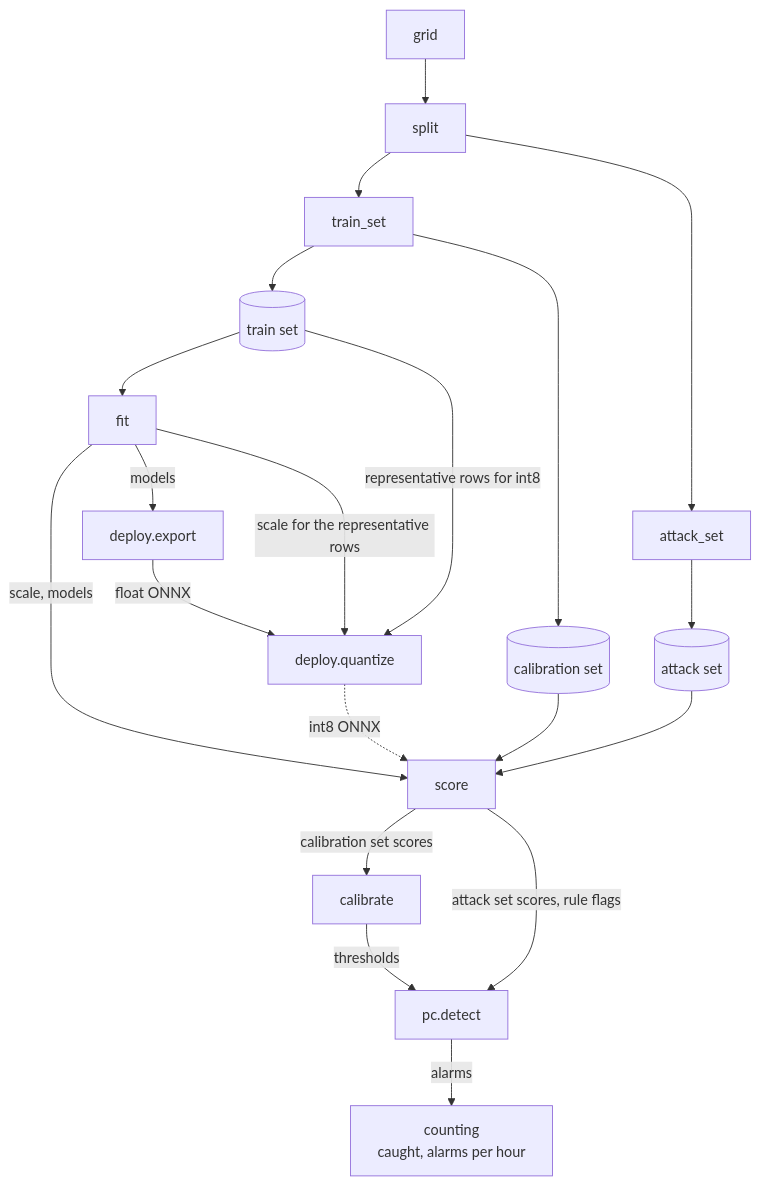
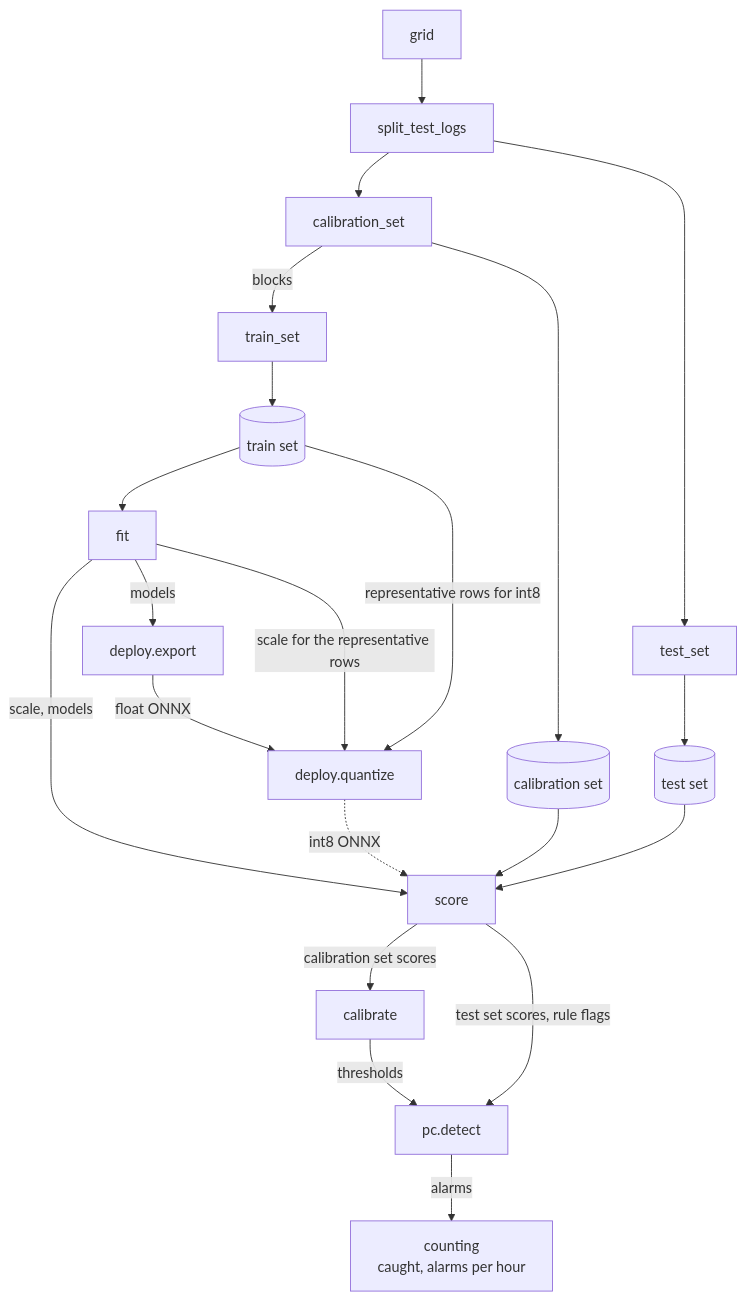
Before and after one commit to asana17/ai_can_anomaly_detection: the diagram in README.md, drawn with Mermaid. The commit also changed other lines of this file, not shown here.

Commit message:
docs: record the set stages done in the TODO

````diff
--- a/README.md
+++ b/README.md
@@ -92,19 +93,20 @@
   ```mermaid
   flowchart TB
-      grid --> split --> train_set & attack_set
+      grid --> split["split_test_logs"] --> calibration_set & test_set
+      calibration_set -- blocks --> train_set
       train_set --> train[(train set)]
-      train_set --> calibration[(calibration set)]
-      attack_set --> attack[(attack set)]
+      calibration_set --> calibration[(calibration set)]
+      test_set --> test[(test set)]
       train --> fit
       fit -- scale, models --> score
       calibration --> score
-      attack --> score
+      test --> score
       score -- calibration set scores --> calibrate
-      score -- attack set scores, rule flags --> detect["pc.detect"]
+      score -- test set scores, rule flags --> detect["pc.detect"]
       calibrate -- thresholds --> detect
       detect -- alarms --> counting["counting<br/>caught, alarms per hour"]
       fit -- models --> export["deploy.export"] -- float ONNX --> quantize["deploy.quantize"]
       train -- representative rows for int8 --> quantize
       fit -- scale for the representative rows --> quantize
       quantize -. int8 ONNX .-> score
   ```
````
